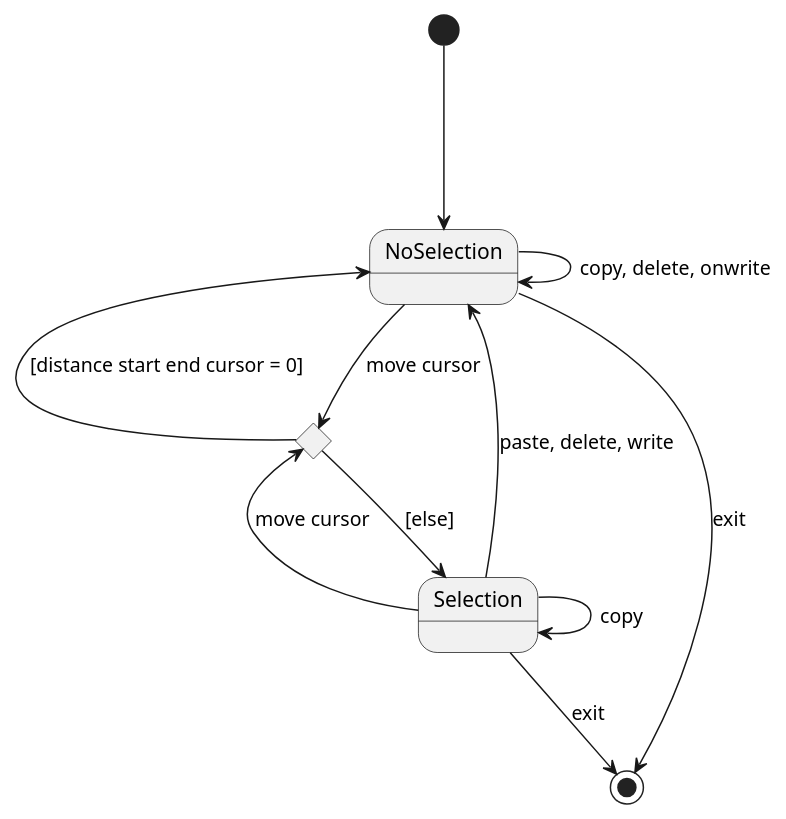
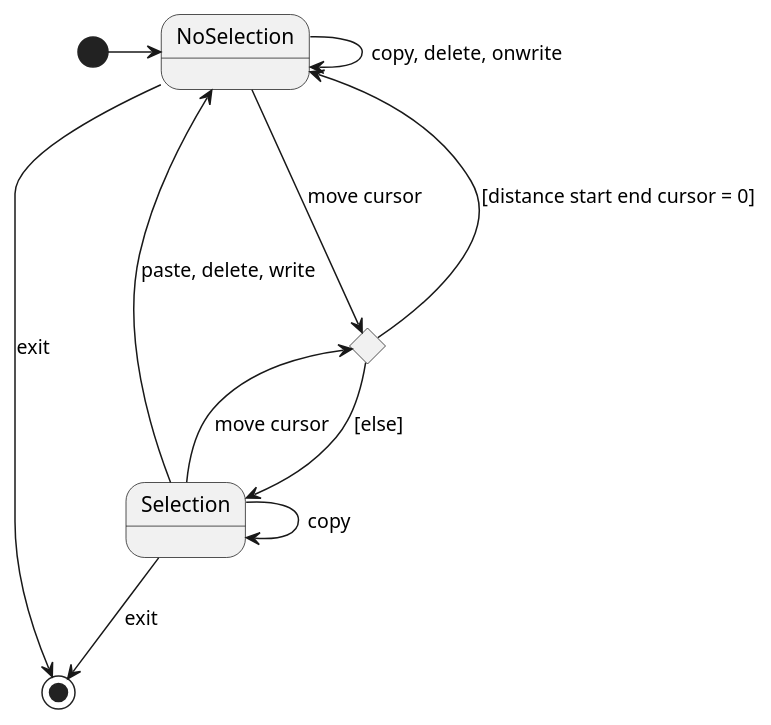
One commit to CodyAdam/another-useless-text-editor changed the third of 6 diagrams in README.md. Above: the diagram before and after it, drawn with PlantUML. The commit also changed other lines of this file and 1 other file, not shown here.

Commit message:
feat: GUI + Arrows keys + Cursor anim

````diff
--- a/README.md
+++ b/README.md
@@ -315,22 +331,22 @@
 ```plantuml
 @startuml
     state Selection
     state NoSelection
 
     state isSelection <<choice>>
-    [*] ---> NoSelection
+    [*] -right-> NoSelection
 
+    isSelection ---> NoSelection: [distance start end cursor = 0]
     Selection --> isSelection: move cursor
     NoSelection --> isSelection: move cursor
-    NoSelection <-- isSelection : [distance start end cursor = 0]
     isSelection --> Selection: [else]
 
 
     NoSelection --> NoSelection : copy, delete, onwrite
     
     Selection --> NoSelection : paste, delete, write
     Selection --> Selection : copy
     Selection --> [*] : exit
     NoSelection --> [*] : exit
 @enduml
 ``` 
````
